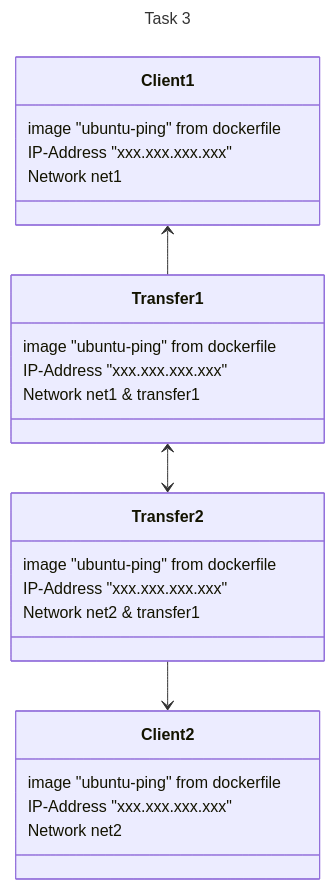
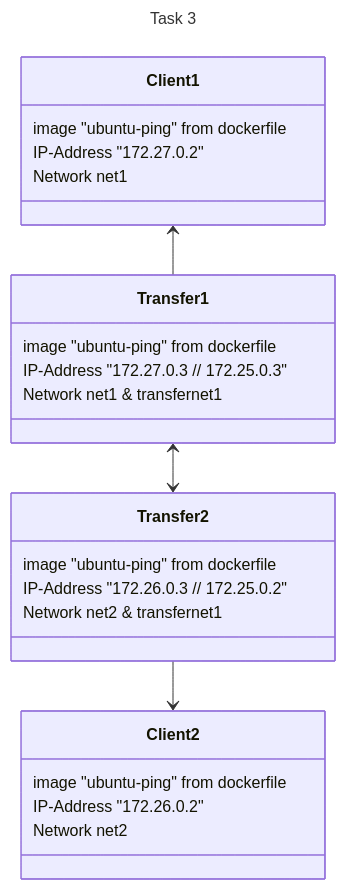
Before and after one commit to cakossowski/Ipo-Tasks: the diagram in Task-3/README.md, drawn with Mermaid. The commit also changed 3 other files, not shown here.

````diff
--- a/Task-3/README.md
+++ b/Task-3/README.md
@@ -13,29 +13,29 @@
 ```mermaid
 ---
 title: Task 3
 ---
 classDiagram
 
     Client1 <-- Transfer1
     Transfer1 <--> Transfer2
     Transfer2 --> Client2
     
     Client1 : image "ubuntu-ping" from dockerfile
-    Client1 : IP-Address "xxx.xxx.xxx.xxx"
+    Client1 : IP-Address "172.27.0.2"
     Client1 : Network net1
 
     Client2 : image "ubuntu-ping" from dockerfile
-    Client2 : IP-Address "xxx.xxx.xxx.xxx"
+    Client2 : IP-Address "172.26.0.2"
     Client2 : Network net2
 
     Transfer1 : image "ubuntu-ping" from dockerfile
-    Transfer1 : IP-Address "xxx.xxx.xxx.xxx"
-    Transfer1 : Network net1 & transfer1
+    Transfer1 : IP-Address "172.27.0.3  //  172.25.0.3"
+    Transfer1 : Network net1 & transfernet1
     
     Transfer2 : image "ubuntu-ping" from dockerfile
-    Transfer2 : IP-Address "xxx.xxx.xxx.xxx"
-    Transfer2 : Network net2 & transfer1
+    Transfer2 : IP-Address "172.26.0.3 // 172.25.0.2"
+    Transfer2 : Network net2 & transfernet1
 
 
 
 ```
````
